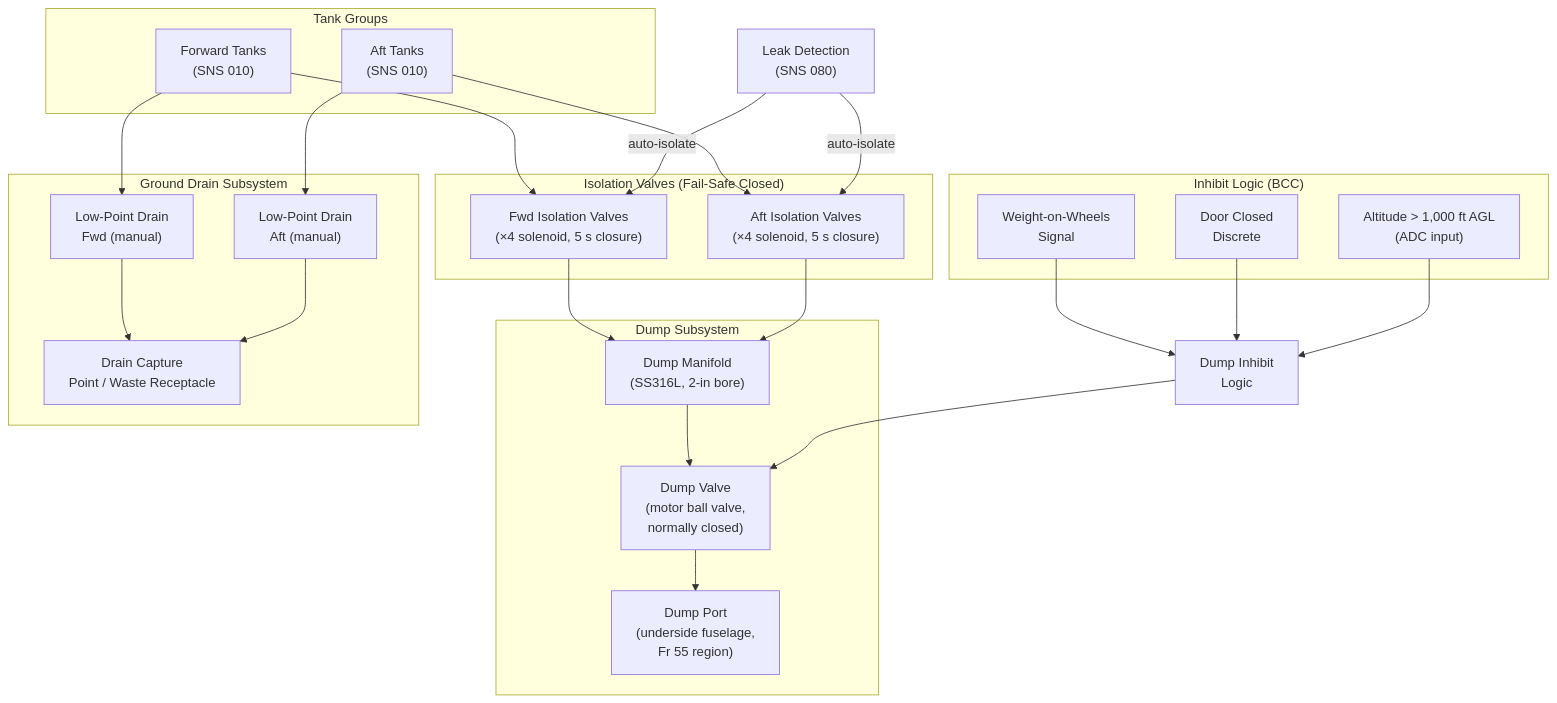
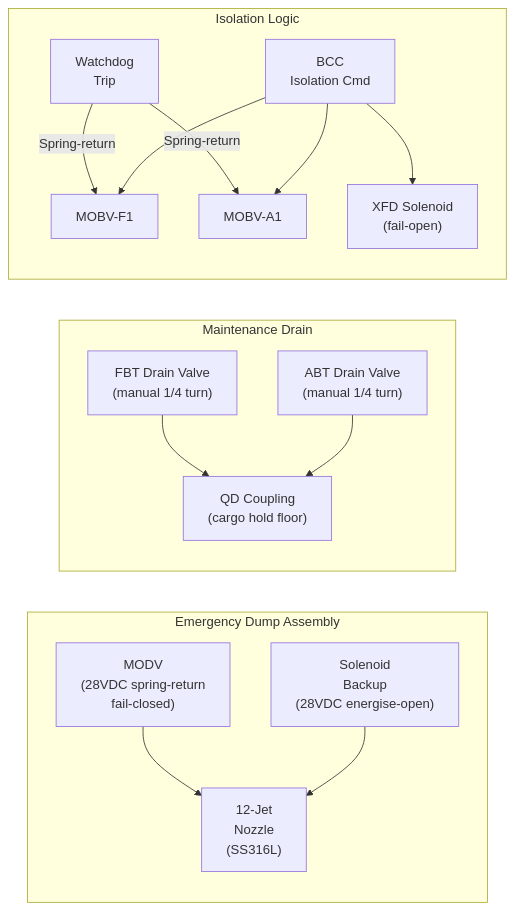
The second of 3 diagrams in Q+ATLANTIDE/000-099_ATLAS/040-049_Avionica-Informacion-y-APU/041_Water-Ballast/041-060-Ballast-Drain-Dump-and-Isolation.md (AmedeoPelliccia/Qplus-For-All-Queer-People-and-Quantum), drawn with Mermaid before and after one commit. The commit also changed other lines of this file and 9 other files, not shown here.

````diff
--- a/Q+ATLANTIDE/000-099_ATLAS/040-049_Avionica-Informacion-y-APU/041_Water-Ballast/041-060-Ballast-Drain-Dump-and-Isolation.md
+++ b/Q+ATLANTIDE/000-099_ATLAS/040-049_Avionica-Informacion-y-APU/041_Water-Ballast/041-060-Ballast-Drain-Dump-and-Isolation.md
@@ -70,47 +163,41 @@
 ```mermaid
-flowchart TD
-    subgraph TANKS["Tank Groups"]
-        FWD_T["Forward Tanks\n(SNS 010)"]
-        AFT_T["Aft Tanks\n(SNS 010)"]
+graph LR
+    subgraph DUMP_ASSY["Emergency Dump Assembly"]
+        MODV_HW["MODV
+(28VDC spring-return
+fail-closed)"]
+        SOL_HW["Solenoid
+Backup
+(28VDC energise-open)"]
+        NOZZLE_HW["12-Jet
+Nozzle
+(SS316L)"]
+        MODV_HW --> NOZZLE_HW
+        SOL_HW --> NOZZLE_HW
     end
-
-    subgraph ISO["Isolation Valves (Fail-Safe Closed)"]
-        FWD_ISO["Fwd Isolation Valves\n(×4 solenoid, 5 s closure)"]
-        AFT_ISO["Aft Isolation Valves\n(×4 solenoid, 5 s closure)"]
+    subgraph DRAIN_ASSY["Maintenance Drain"]
+        DV_F["FBT Drain Valve
+(manual 1/4 turn)"]
+        DV_A["ABT Drain Valve
+(manual 1/4 turn)"]
+        QD["QD Coupling
+(cargo hold floor)"]
+        DV_F --> QD
+        DV_A --> QD
     end
-
-    subgraph DUMP["Dump Subsystem"]
-        DUMP_MAN["Dump Manifold\n(SS316L, 2-in bore)"]
-        DUMP_V["Dump Valve\n(motor ball valve,\nnormally closed)"]
-        DUMP_PORT["Dump Port\n(underside fuselage,\nFr 55 region)"]
+    subgraph ISOLATION["Isolation Logic"]
+        MOBV_F1["MOBV-F1"]
+        MOBV_A1["MOBV-A1"]
+        XFD_SOL["XFD Solenoid
+(fail-open)"]
+        BCC_CMD["BCC
+Isolation Cmd"]
+        WD["Watchdog
+Trip"]
+        BCC_CMD --> MOBV_F1
+        BCC_CMD --> MOBV_A1
+        BCC_CMD --> XFD_SOL
+        WD -->|Spring-return| MOBV_F1
+        WD -->|Spring-return| MOBV_A1
     end
-
-    subgraph DRAIN["Ground Drain Subsystem"]
-        LP_DRAIN_F["Low-Point Drain\nFwd (manual)"]
-        LP_DRAIN_A["Low-Point Drain\nAft (manual)"]
-        CAPTURE["Drain Capture\nPoint / Waste Receptacle"]
-    end
-
-    subgraph INHIBIT["Inhibit Logic (BCC)"]
-        WOW["Weight-on-Wheels\nSignal"]
-        DOOR["Door Closed\nDiscrete"]
-        ALT["Altitude > 1,000 ft AGL\n(ADC input)"]
-    end
-
-    FWD_T --> FWD_ISO
-    AFT_T --> AFT_ISO
-    FWD_ISO --> DUMP_MAN
-    AFT_ISO --> DUMP_MAN
-    DUMP_MAN --> DUMP_V
-    DUMP_V --> DUMP_PORT
-    FWD_T --> LP_DRAIN_F
-    AFT_T --> LP_DRAIN_A
-    LP_DRAIN_F --> CAPTURE
-    LP_DRAIN_A --> CAPTURE
-    WOW --> INHIBIT_LOGIC["Dump Inhibit\nLogic"]
-    DOOR --> INHIBIT_LOGIC
-    ALT --> INHIBIT_LOGIC
-    INHIBIT_LOGIC --> DUMP_V
-    LEAK["Leak Detection\n(SNS 080)"] -->|auto-isolate| FWD_ISO
-    LEAK -->|auto-isolate| AFT_ISO
 ```
````
